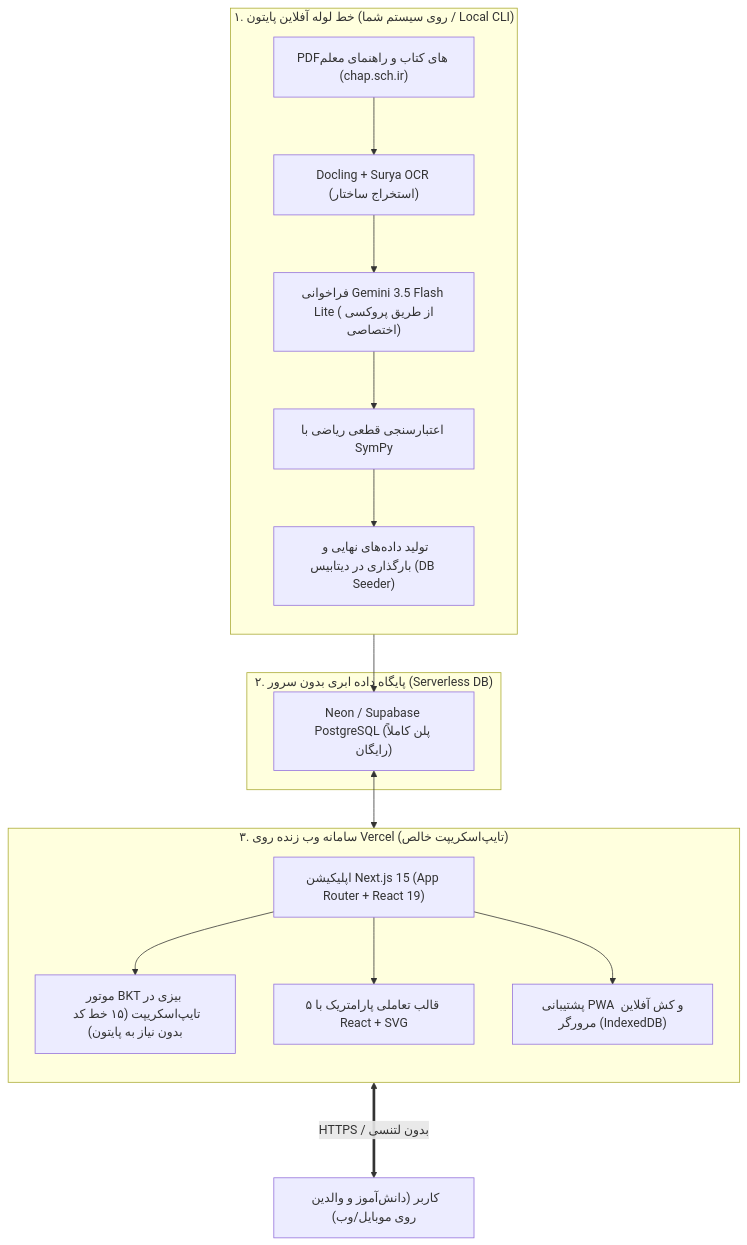
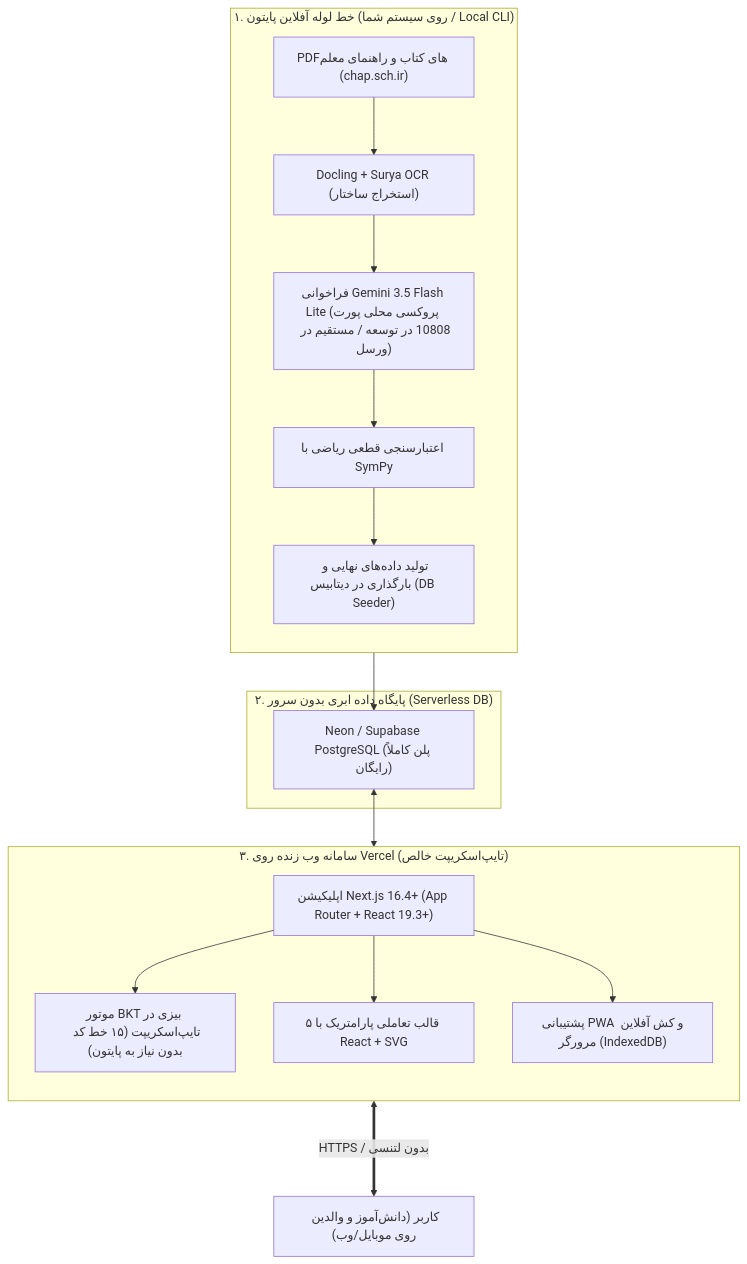
The diagram in docs/08_pure_foss_technology_stack.md (javadderoom/education), drawn with Mermaid before and after one commit. The commit also changed other lines of this file and 3 other files, not shown here.

````diff
--- a/docs/08_pure_foss_technology_stack.md
+++ b/docs/08_pure_foss_technology_stack.md
@@ -12,24 +12,24 @@
 ```mermaid
 flowchart TD
     subgraph OfflinePipeline ["۱. خط لوله آفلاین پایتون (روی سیستم شما / Local CLI)"]
         direction TB
         PDF["PDFهای کتاب و راهنمای معلم (chap.sch.ir)"] --> Docling["Docling + Surya OCR (استخراج ساختار)"]
-        Docling --> API["فراخوانی Gemini 3.5 Flash Lite (از طریق پروکسی اختصاصی)"]
+        Docling --> API["فراخوانی Gemini 3.5 Flash Lite (پروکسی محلی پورت 10808 در توسعه / مستقیم در ورسل)"]
         API --> SymPy["اعتبارسنجی قطعی ریاضی با SymPy"]
         SymPy --> Seed["تولید داده‌های نهایی و بارگذاری در دیتابیس (DB Seeder)"]
     end
 
     subgraph CloudStorage ["۲. پایگاه داده ابری بدون سرور (Serverless DB)"]
         Seed --> Neon["Neon / Supabase PostgreSQL (پلن کاملاً رایگان)"]
     end
 
     subgraph ProductionWeb ["۳. سامانه وب زنده روی Vercel (تایپ‌اسکریپت خالص)"]
         direction TB
-        Neon <--> NextApp["اپلیکیشن Next.js 15 (App Router + React 19)"]
+        Neon <--> NextApp["اپلیکیشن Next.js 16.4+ (App Router + React 19.3+)"]
         NextApp --> BKT["موتور BKT بیزی در تایپ‌اسکریپت (۱۵ خط کد بدون نیاز به پایتون)"]
         NextApp --> Widgets["۵ قالب تعاملی پارامتریک با React + SVG"]
         NextApp --> PWA["پشتیبانی PWA و کش آفلاین مرورگر (IndexedDB)"]
     end
 
     ProductionWeb <===>|"HTTPS / بدون لتنسی"| User["کاربر (دانش‌آموز و والدین روی موبایل/وب)"]
 ```
````
